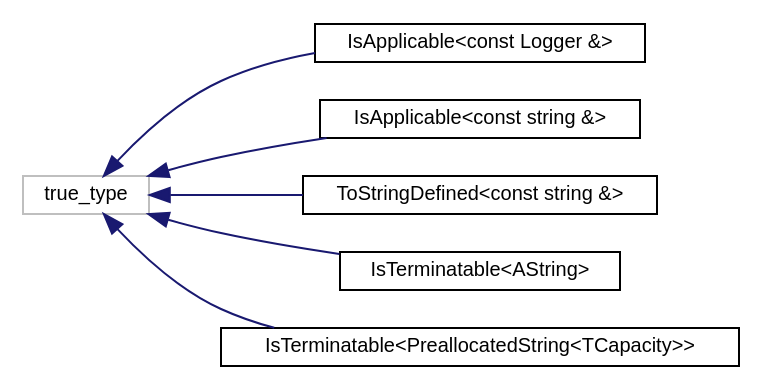
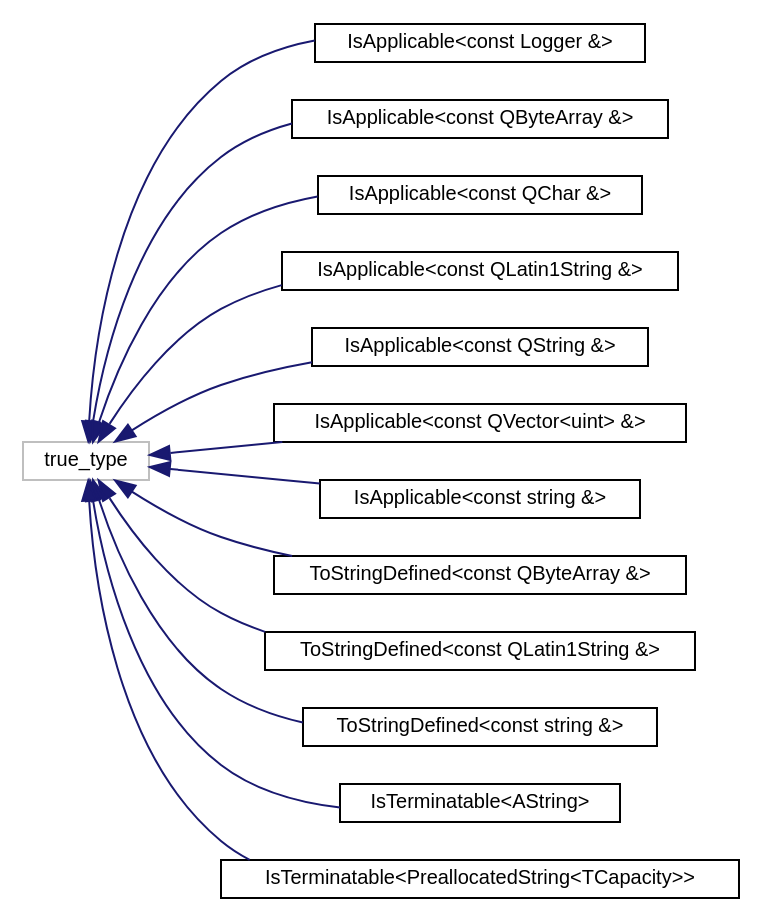
One commit to AlexWorx/ALox-Logging-Library changed the diagram in cpp_ref/inherit_graph_19.dot.corrected.dot. Above: the diagram before and after it, drawn with Graphviz. The commit also changed 1947 other files, not shown here.

```diff
--- a/cpp_ref/inherit_graph_19.dot.corrected.dot
+++ b/cpp_ref/inherit_graph_19.dot.corrected.dot
@@ -1,17 +1,31 @@
 digraph "Graphical Class Hierarchy"
 {
   edge [fontname="Helvetica",fontsize="10",labelfontname="Helvetica",labelfontsize="10"];
   node [fontname="Helvetica",fontsize="10",shape=record];
   rankdir="LR";
   Node1 [label="true_type",height=0.2,width=0.4,color="grey75", fillcolor="white", style="filled"];
   Node2 [label="IsApplicable\<const Logger &\>",height=0.2,width=0.4,color="black", fillcolor="white", style="filled",URL="$structaworx_1_1lib_1_1strings_1_1IsApplicable_3_01const_01lox_1_1core_1_1Logger_01_6_01_4.html"];
-  Node3 [label="IsApplicable\<const string &\>",height=0.2,width=0.4,color="black", fillcolor="white", style="filled",URL="$structaworx_1_1lib_1_1strings_1_1IsApplicable_3_01const_01std_1_1string_01_6_01_4.html"];
-  Node6 [label="ToStringDefined\<const string &\>",height=0.2,width=0.4,color="black", fillcolor="white", style="filled",URL="$structaworx_1_1lib_1_1strings_1_1ToStringDefined_3_01const_01std_1_1string_01_6_01_4.html"];
-  Node4 [label="IsTerminatable\<AString\>",height=0.2,width=0.4,color="black", fillcolor="white", style="filled",URL="$structaworx_1_1lib_1_1strings_1_1IsTerminatable_3_01AString_01_4.html"];
-  Node5 [label="IsTerminatable\<PreallocatedString\<TCapacity\>\>",height=0.2,width=0.4,color="black", fillcolor="white", style="filled",URL="$structaworx_1_1lib_1_1strings_1_1IsTerminatable_3_01PreallocatedString_3_01TCapacity_01_4_01_4.html"];
+  Node3 [label="IsApplicable\<const QByteArray &\>",height=0.2,width=0.4,color="black", fillcolor="white", style="filled",URL="$structaworx_1_1lib_1_1strings_1_1IsApplicable_3_01const_01QByteArray_01_6_01_4.html"];
+  Node4 [label="IsApplicable\<const QChar &\>",height=0.2,width=0.4,color="black", fillcolor="white", style="filled",URL="$structaworx_1_1lib_1_1strings_1_1IsApplicable_3_01const_01QChar_01_6_01_4.html"];
+  Node5 [label="IsApplicable\<const QLatin1String &\>",height=0.2,width=0.4,color="black", fillcolor="white", style="filled",URL="$structaworx_1_1lib_1_1strings_1_1IsApplicable_3_01const_01QLatin1String_01_6_01_4.html"];
+  Node6 [label="IsApplicable\<const QString &\>",height=0.2,width=0.4,color="black", fillcolor="white", style="filled",URL="$structaworx_1_1lib_1_1strings_1_1IsApplicable_3_01const_01QString_01_6_01_4.html"];
+  Node7 [label="IsApplicable\<const QVector\<uint\> &\>",height=0.2,width=0.4,color="black", fillcolor="white", style="filled",URL="$structaworx_1_1lib_1_1strings_1_1IsApplicable_3_01const_01QVector_3_01uint_01_4_01_6_01_4.html"];
+  Node8 [label="IsApplicable\<const string &\>",height=0.2,width=0.4,color="black", fillcolor="white", style="filled",URL="$structaworx_1_1lib_1_1strings_1_1IsApplicable_3_01const_01std_1_1string_01_6_01_4.html"];
+  Node11 [label="ToStringDefined\<const QByteArray &\>",height=0.2,width=0.4,color="black", fillcolor="white", style="filled",URL="$structaworx_1_1lib_1_1strings_1_1ToStringDefined_3_01const_01QByteArray_01_6_01_4.html"];
+  Node12 [label="ToStringDefined\<const QLatin1String &\>",height=0.2,width=0.4,color="black", fillcolor="white", style="filled",URL="$structaworx_1_1lib_1_1strings_1_1ToStringDefined_3_01const_01QLatin1String_01_6_01_4.html"];
+  Node13 [label="ToStringDefined\<const string &\>",height=0.2,width=0.4,color="black", fillcolor="white", style="filled",URL="$structaworx_1_1lib_1_1strings_1_1ToStringDefined_3_01const_01std_1_1string_01_6_01_4.html"];
+  Node9 [label="IsTerminatable\<AString\>",height=0.2,width=0.4,color="black", fillcolor="white", style="filled",URL="$structaworx_1_1lib_1_1strings_1_1IsTerminatable_3_01AString_01_4.html"];
+  Node10 [label="IsTerminatable\<PreallocatedString\<TCapacity\>\>",height=0.2,width=0.4,color="black", fillcolor="white", style="filled",URL="$structaworx_1_1lib_1_1strings_1_1IsTerminatable_3_01PreallocatedString_3_01TCapacity_01_4_01_4.html"];
   Node1 -> Node2 [dir="back",color="midnightblue",fontsize="10",style="solid",fontname="Helvetica"];
   Node1 -> Node3 [dir="back",color="midnightblue",fontsize="10",style="solid",fontname="Helvetica"];
   Node1 -> Node4 [dir="back",color="midnightblue",fontsize="10",style="solid",fontname="Helvetica"];
   Node1 -> Node5 [dir="back",color="midnightblue",fontsize="10",style="solid",fontname="Helvetica"];
   Node1 -> Node6 [dir="back",color="midnightblue",fontsize="10",style="solid",fontname="Helvetica"];
+  Node1 -> Node7 [dir="back",color="midnightblue",fontsize="10",style="solid",fontname="Helvetica"];
+  Node1 -> Node8 [dir="back",color="midnightblue",fontsize="10",style="solid",fontname="Helvetica"];
+  Node1 -> Node9 [dir="back",color="midnightblue",fontsize="10",style="solid",fontname="Helvetica"];
+  Node1 -> Node10 [dir="back",color="midnightblue",fontsize="10",style="solid",fontname="Helvetica"];
+  Node1 -> Node11 [dir="back",color="midnightblue",fontsize="10",style="solid",fontname="Helvetica"];
+  Node1 -> Node12 [dir="back",color="midnightblue",fontsize="10",style="solid",fontname="Helvetica"];
+  Node1 -> Node13 [dir="back",color="midnightblue",fontsize="10",style="solid",fontname="Helvetica"];
 }
```
